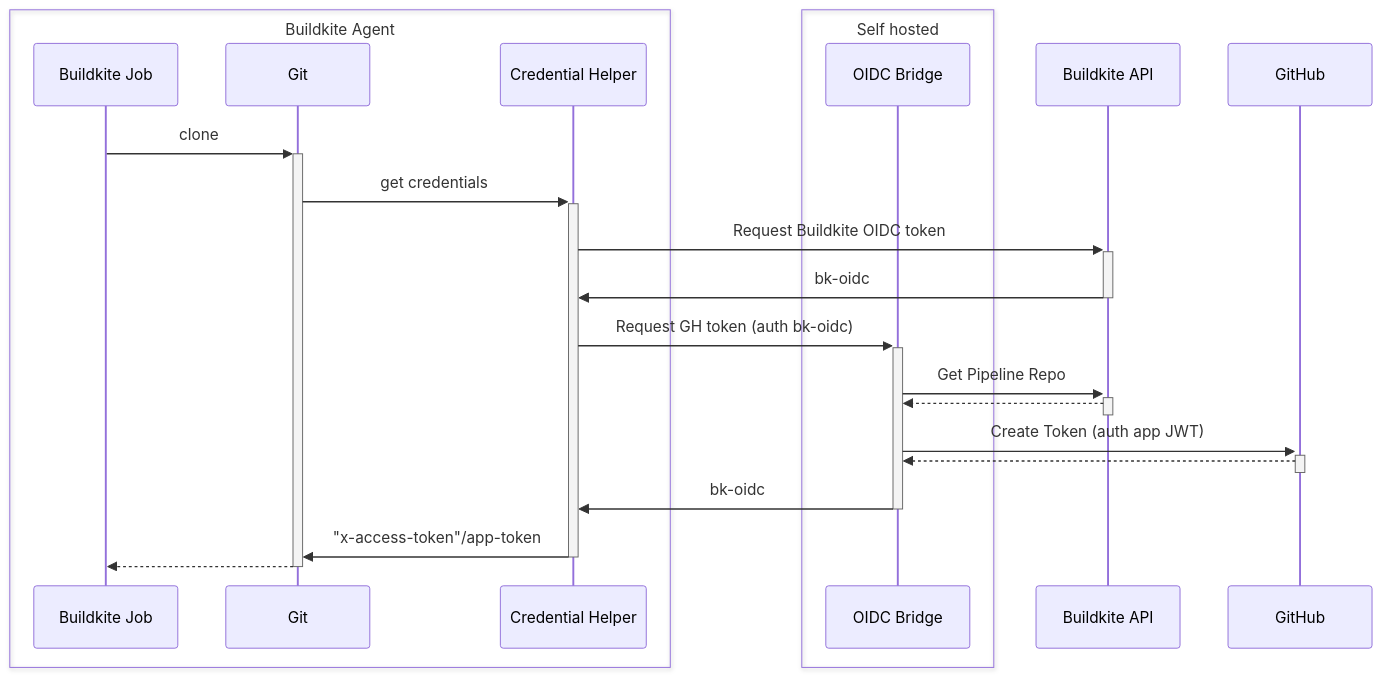
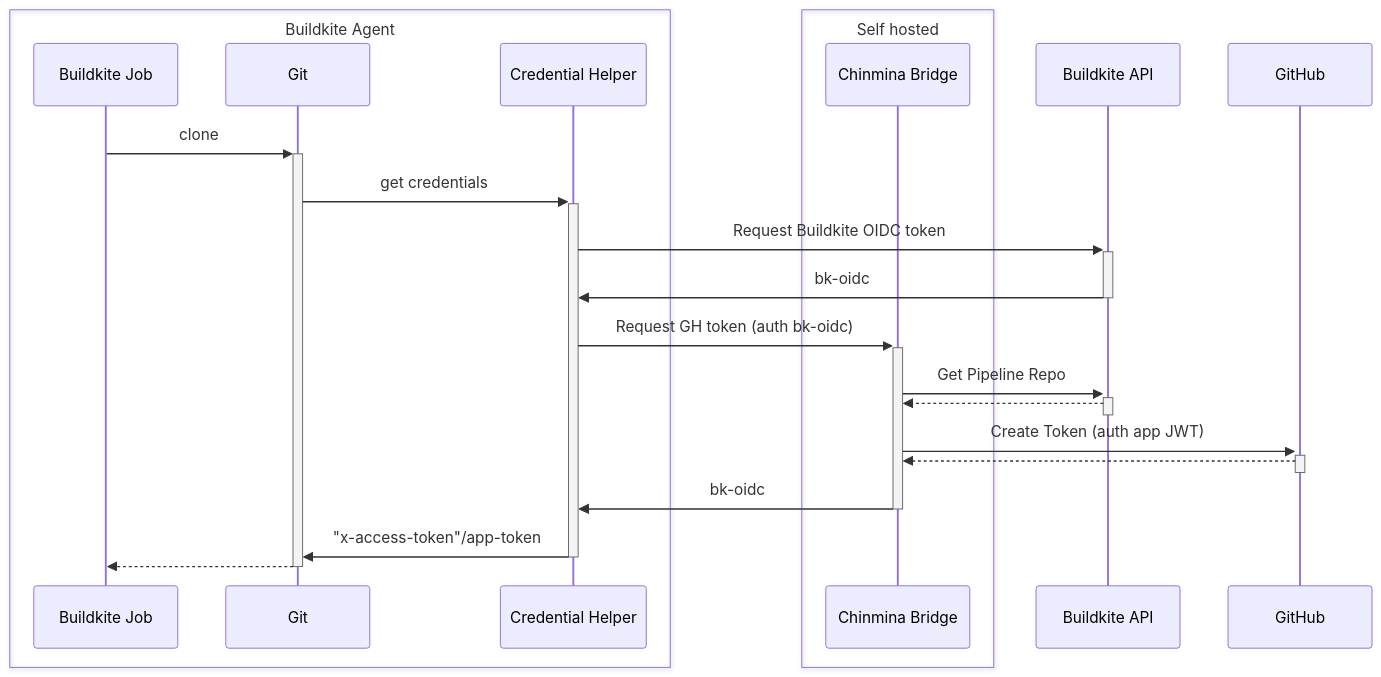
One commit to jamestelfer/chinmina-bridge changed the diagram in README.md. Above: the diagram before and after it, drawn with Mermaid. The commit also changed other lines of this file and 19 other files, not shown here.

First line of the commit message:
chore: rename to chinmina-bridge

````diff
--- a/README.md
+++ b/README.md
@@ -61,23 +61,23 @@
 ```mermaid
 sequenceDiagram
     box Buildkite Agent
         participant Buildkite Job
         participant Git
         participant Credential Helper
     end
     box Self hosted
-        participant OIDC Bridge
+        participant Chinmina Bridge
     end
     Buildkite Job->>+Git: clone
     Git ->>+ Credential Helper: get credentials
     Credential Helper->>+Buildkite API: Request Buildkite OIDC token
     Buildkite API->>-Credential Helper: bk-oidc
-    Credential Helper->>+OIDC Bridge: Request GH token (auth bk-oidc)
-    OIDC Bridge->>+Buildkite API: Get Pipeline Repo
-    Buildkite API-->>-OIDC Bridge: 
-    OIDC Bridge->>+GitHub: Create Token (auth app JWT)
-    GitHub-->>-OIDC Bridge: 
-    OIDC Bridge->>-Credential Helper: bk-oidc
+    Credential Helper->>+Chinmina Bridge: Request GH token (auth bk-oidc)
+    Chinmina Bridge->>+Buildkite API: Get Pipeline Repo
+    Buildkite API-->>-Chinmina Bridge:
+    Chinmina Bridge->>+GitHub: Create Token (auth app JWT)
+    GitHub-->>-Chinmina Bridge:
+    Chinmina Bridge->>-Credential Helper: bk-oidc
     Credential Helper->>-Git: "x-access-token"/app-token
-    Git-->>-Buildkite Job: 
+    Git-->>-Buildkite Job:
 ```
````
